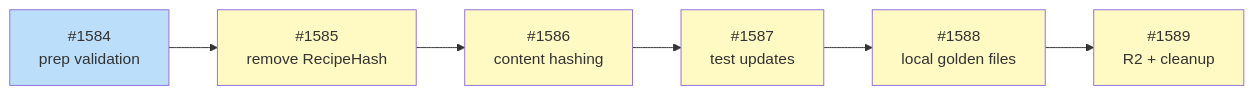
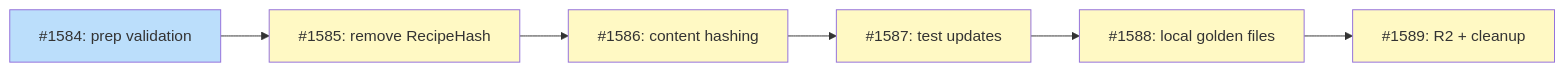
Before and after one commit to tsukumogami/tsuku: the diagram in docs/designs/DESIGN-plan-hash-removal.md, drawn with Mermaid.

Commit message:
fix: restructure mermaid diagram to separate node definitions from edges

````diff
--- a/docs/designs/DESIGN-plan-hash-removal.md
+++ b/docs/designs/DESIGN-plan-hash-removal.md
@@ -347,16 +347,23 @@
 ```mermaid
 graph LR
-    I1584["#1584<br/>prep validation"] --> I1585["#1585<br/>remove RecipeHash"]
-    I1585 --> I1586["#1586<br/>content hashing"]
-    I1586 --> I1587["#1587<br/>test updates"]
-    I1587 --> I1588["#1588<br/>local golden files"]
-    I1588 --> I1589["#1589<br/>R2 + cleanup"]
+    I1584["#1584: prep validation"]
+    I1585["#1585: remove RecipeHash"]
+    I1586["#1586: content hashing"]
+    I1587["#1587: test updates"]
+    I1588["#1588: local golden files"]
+    I1589["#1589: R2 + cleanup"]
+
+    I1584 --> I1585
+    I1585 --> I1586
+    I1586 --> I1587
+    I1587 --> I1588
+    I1588 --> I1589
 
     classDef done fill:#c8e6c9
     classDef ready fill:#bbdefb
     classDef blocked fill:#fff9c4
     classDef needsDesign fill:#e1bee7
 
     class I1584 ready
     class I1585,I1586,I1587,I1588,I1589 blocked
 ```
````
